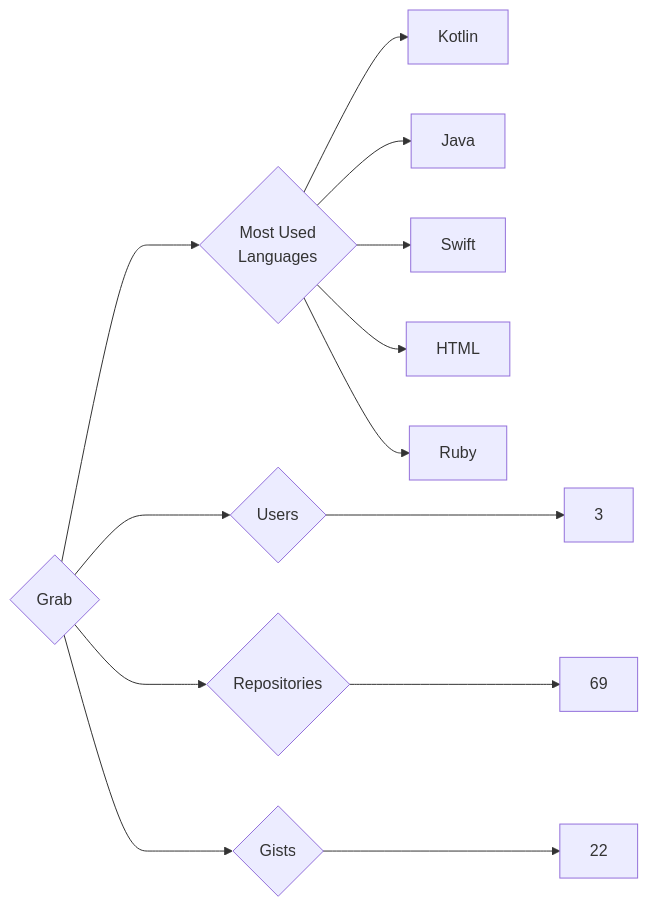
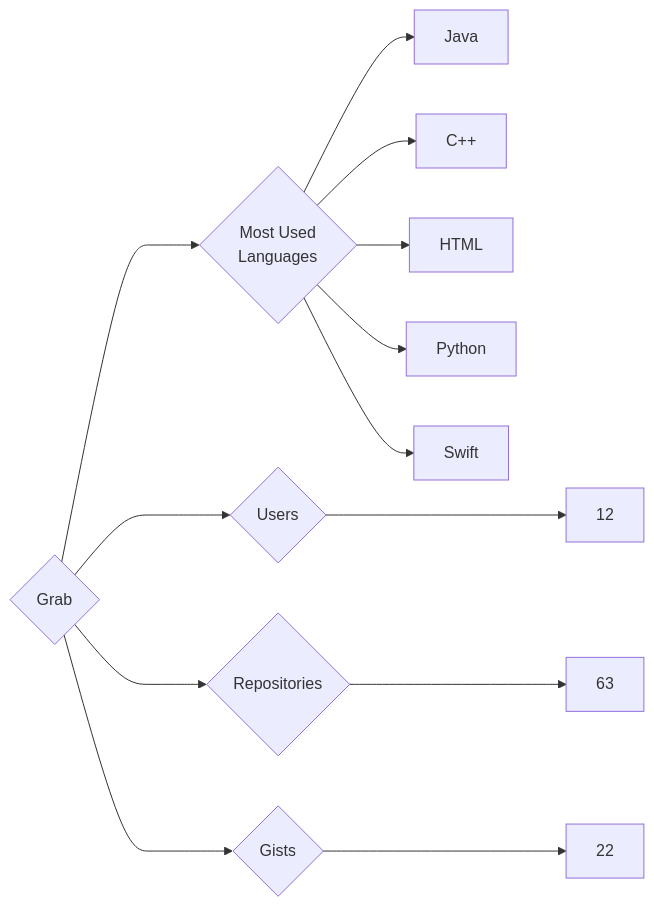
One commit to trickest/insiders changed the diagram in targets/Grab/README.md. Above: the diagram before and after it, drawn with Mermaid. The commit also changed 1314 other files, not shown here.

````diff
--- a/targets/Grab/README.md
+++ b/targets/Grab/README.md
@@ -3,13 +3,13 @@
 ```mermaid
 graph LR
 COMPANY_NAME{Grab}
-COMPANY_NAME ---> U{Users} ---> UN[3]
-COMPANY_NAME ---> R{Repositories} ---> RN[69]
+COMPANY_NAME ---> U{Users} ---> UN[12]
+COMPANY_NAME ---> R{Repositories} ---> RN[63]
 COMPANY_NAME ---> G{Gists} ---> GN[22]
 COMPANY_NAME ---> ML{Most Used<br>Languages}
-ML --> Kotlin[Kotlin]
 ML --> Java[Java]
+ML --> C++[C++]
+ML --> HTML[HTML]
+ML --> Python[Python]
 ML --> Swift[Swift]
-ML --> HTML[HTML]
-ML --> Ruby[Ruby]
 ```
````
